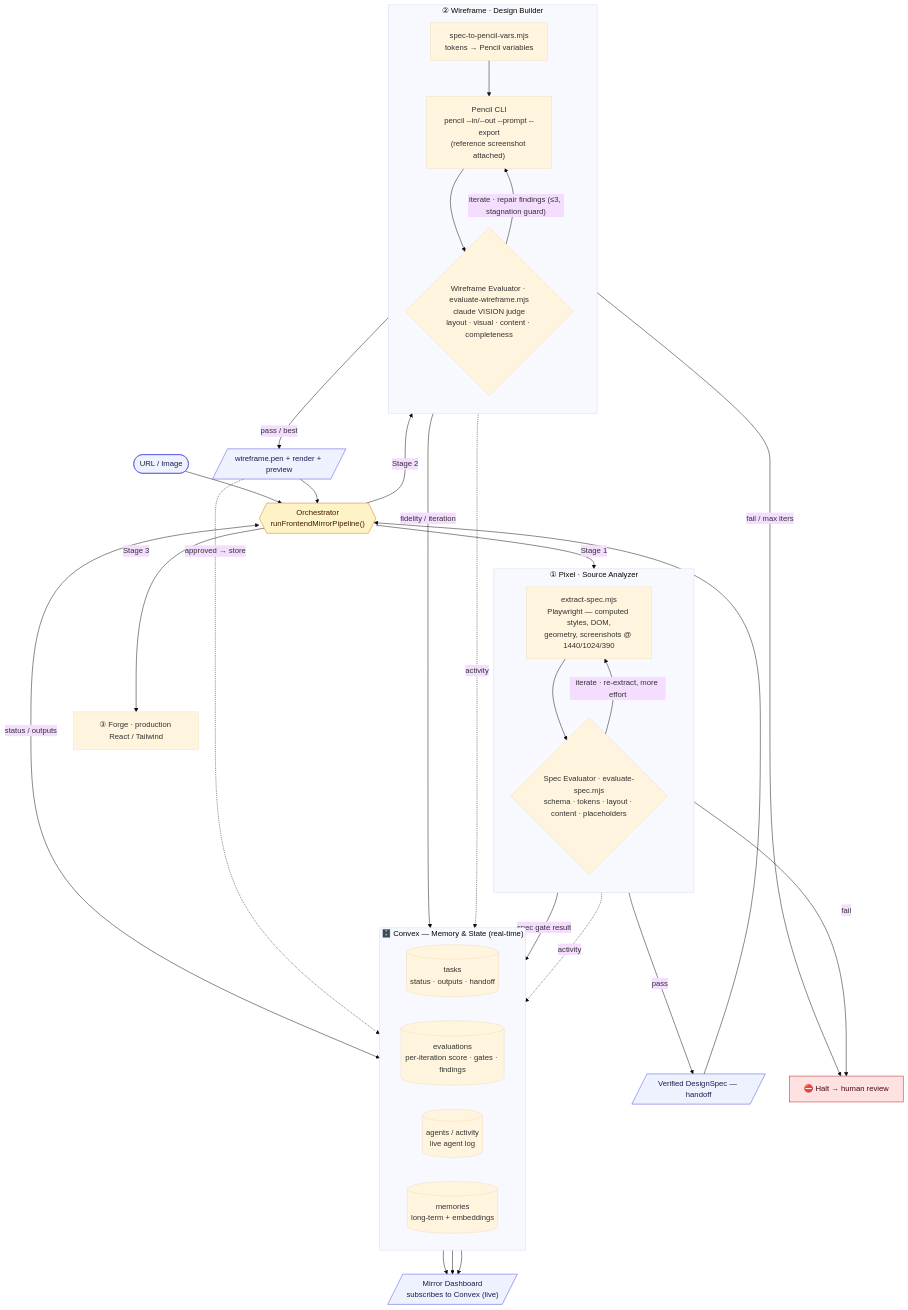
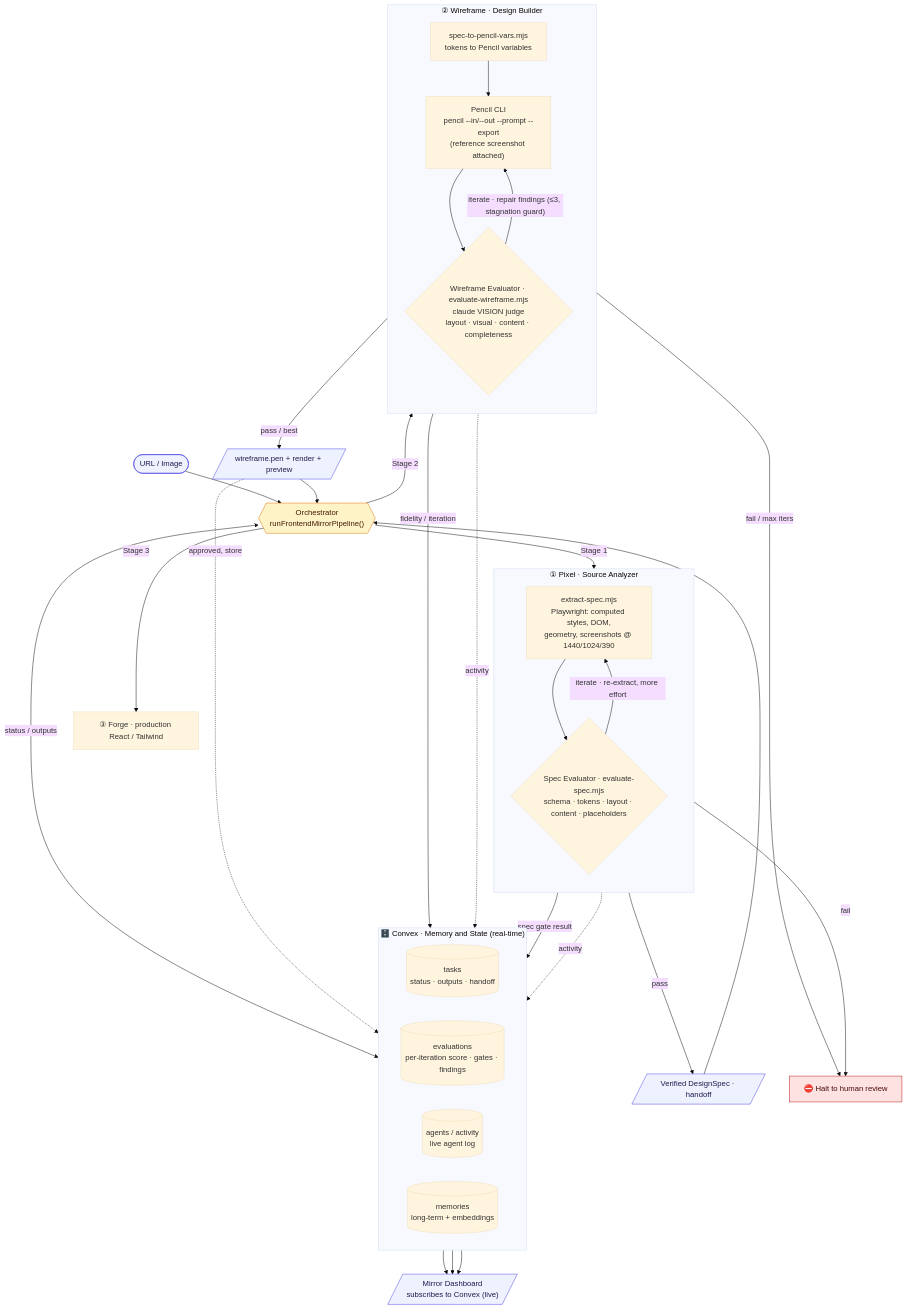
One commit to 0xtigerclaw/war_loops changed the first of 2 diagrams in README.md. Above: the diagram before and after it, drawn with Mermaid (base theme). The commit also changed other lines of this file, not shown here.

````diff
--- a/README.md
+++ b/README.md
@@ -12,64 +12,64 @@
 ```mermaid
 flowchart TB
     SRC(["URL / Image"]):::io
     ORCH{{"Orchestrator<br/>runFrontendMirrorPipeline()"}}:::orch
 
     subgraph S1["① Pixel · Source Analyzer"]
       direction TB
-      EX["extract-spec.mjs<br/>Playwright — computed styles, DOM,<br/>geometry, screenshots @ 1440/1024/390"]
+      EX["extract-spec.mjs<br/>Playwright: computed styles, DOM,<br/>geometry, screenshots @ 1440/1024/390"]
       SE{"Spec Evaluator · evaluate-spec.mjs<br/>schema · tokens · layout · content · placeholders"}
       EX --> SE
       SE -->|"iterate · re-extract, more effort"| EX
     end
 
     subgraph S2["② Wireframe · Design Builder"]
       direction TB
-      VARS["spec-to-pencil-vars.mjs<br/>tokens → Pencil variables"]
+      VARS["spec-to-pencil-vars.mjs<br/>tokens to Pencil variables"]
       BUILD["Pencil CLI<br/>pencil --in/--out --prompt --export<br/>(reference screenshot attached)"]
       WE{"Wireframe Evaluator · evaluate-wireframe.mjs<br/>claude VISION judge<br/>layout · visual · content · completeness"}
       VARS --> BUILD --> WE
       WE -->|"iterate · repair findings (≤3, stagnation guard)"| BUILD
     end
 
     FORGE["③ Forge · production React / Tailwind"]
-    HAND[/"Verified DesignSpec — handoff"/]:::io
+    HAND[/"Verified DesignSpec · handoff"/]:::io
     OUT[/"wireframe.pen + render + preview"/]:::io
-    REV["⛔ Halt → human review"]:::warn
+    REV["⛔ Halt to human review"]:::warn
 
-    subgraph CVX["🗄️ Convex — Memory &amp; State (real-time)"]
+    subgraph CVX["🗄️ Convex · Memory and State (real-time)"]
       direction LR
       T[("tasks<br/>status · outputs · handoff")]
       EV[("evaluations<br/>per-iteration score · gates · findings")]
       AC[("agents / activity<br/>live agent log")]
       MEM[("memories<br/>long-term + embeddings")]
     end
 
     UI[/"Mirror Dashboard<br/>subscribes to Convex (live)"/]:::io
 
     %% --- pipeline flow ---
     SRC --> ORCH
     ORCH -->|"Stage 1"| EX
     SE -->|"pass"| HAND
     SE -->|"fail"| REV
     HAND --> ORCH
     ORCH -->|"Stage 2"| VARS
     WE -->|"pass / best"| OUT
     WE -->|"fail / max iters"| REV
     OUT --> ORCH
     ORCH -->|"Stage 3"| FORGE
 
-    %% --- memory & state (Convex) ---
+    %% --- memory and state (Convex) ---
     ORCH <-->|"status / outputs"| T
     SE -->|"spec gate result"| EV
     WE -->|"fidelity / iteration"| EV
     S1 -.->|"activity"| AC
     S2 -.->|"activity"| AC
-    OUT -.->|"approved → store"| MEM
+    OUT -.->|"approved, store"| MEM
     T --> UI
     EV --> UI
     AC --> UI
 
     classDef io fill:#eef2ff,stroke:#4f46e5,color:#1e1b4b;
     classDef orch fill:#fef3c7,stroke:#d97706,color:#451a03;
     classDef warn fill:#fee2e2,stroke:#b91c1c,color:#450a0a;
 ```
````
